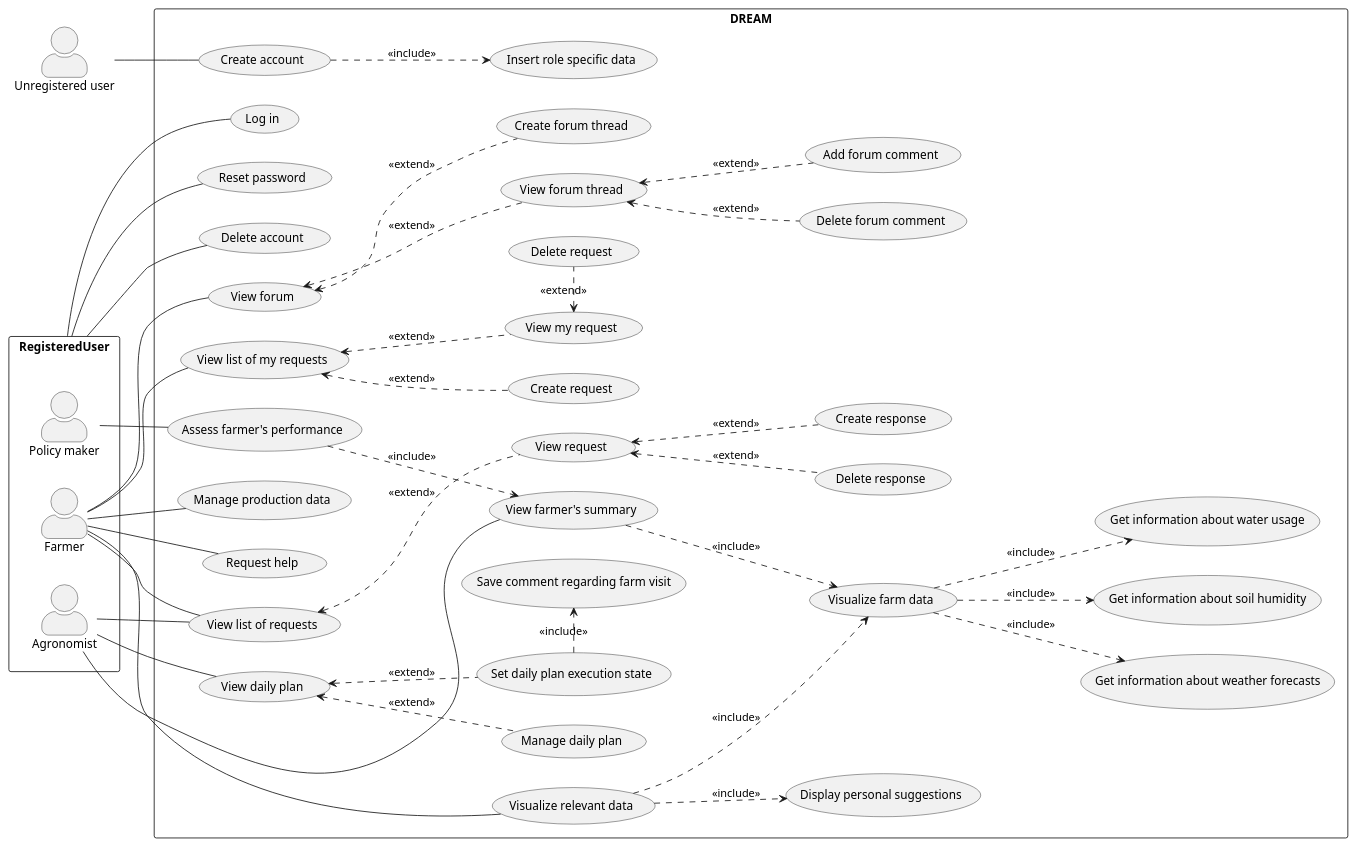
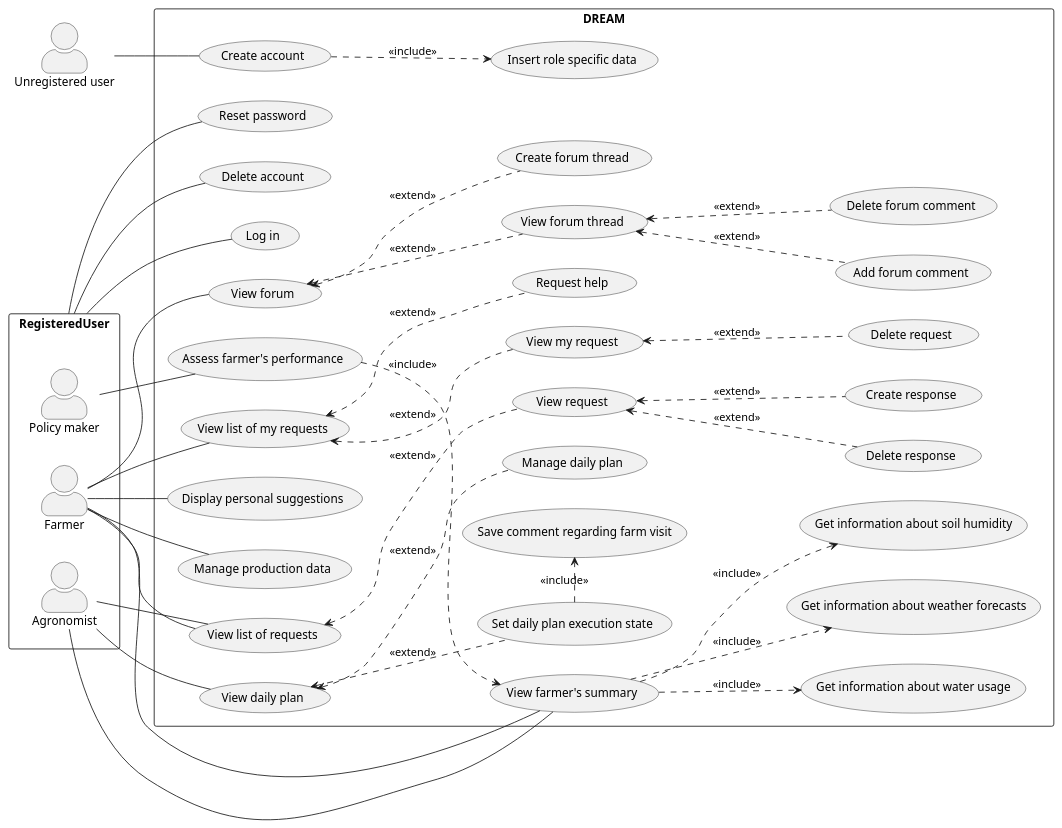
One commit to Astenna/DREAM changed the diagram in RASD/uml/uc.puml. Above: the diagram before and after it, drawn with PlantUML.

Commit message:
Use case diagram update: delted relevant data, farm data

```diff
--- a/RASD/uml/uc.puml
+++ b/RASD/uml/uc.puml
@@ -1,80 +1,76 @@
 @startuml Use case
 left to right direction
 skinparam packageStyle rectangle
 skinparam actorStyle awesome
 
 ' skinparam linetype polyline
 ' skinparam linetype ortho
 
 'Primary - should be on the left side
 actor :Unregistered user: as UnregUser
 
 package RegisteredUser {
     actor :Policy maker: as PolMaker
     actor :Farmer:
     actor :Agronomist:
 }
 
 ' 'Secondary - should be on the right side
 ' package ExternalSystem {
 '     actor :WeatherForecastSystem:
 '     actor :WaterIrrigationSystem:
 '     actor :SensorSystem:
 ' }
 
 'visualisations - less details or additional phenomenas? as in lower diagram
 'there are MANY missing phenomenas, that can be deducted from UC
 'about SP: which is better?? - maybe a question to tamburri
 '   "The system visualizes data ... for argonomist"
 '   "The system visualizes data ..."
 '   "Agronomist visualizes data"
 rectangle DREAM {
     '''''''''''Common'''''''''''
     RegisteredUser -- (Log in)
     RegisteredUser -- (Reset password)
     RegisteredUser -- (Delete account)
     UnregUser -- (Create account)
     ' PolMaker -- (Log in)
     ' Agronomist -- (Log in)
     (Create account) ..> (Insert role specific data) : <<include>>
 
     '''''''''''Farmer'''''''''''
     ' Farmer -- (Log in)
-    Farmer -- (Visualize relevant data)
-    'should providers be included? maybe a question to Tamburri
-    (Visualize relevant data) ..> (Visualize farm data) : <<include>>
-    (Visualize farm data) ..> (Get information about weather forecasts) : <<include>>
-    (Visualize farm data) ..> (Get information about soil humidity) : <<include>>
-    (Visualize farm data) ..> (Get information about water usage) : <<include>>
-    (Visualize relevant data) ..> (Display personal suggestions) : <<include>>
+    Farmer -- (View farmer's summary)
+    (View farmer's summary) ..> (Get information about weather forecasts) : <<include>>
+    (View farmer's summary) ..> (Get information about soil humidity) : <<include>>
+    (View farmer's summary) ..> (Get information about water usage) : <<include>>
+    Farmer -- (Display personal suggestions)
     Farmer -- (Manage production data)
-    Farmer -- (Request help)
     Farmer -- (View forum)
     (View forum) <.. (Create forum thread) : <<extend>>
     (View forum) <.. (View forum thread) : <<extend>>
     (View forum thread) <.. (Delete forum comment) : <<extend>>
     (View forum thread) <.. (Add forum comment) : <<extend>>
+    (View list of my requests) <.. (Request help) : <<extend>>
+    (View list of my requests) <.. (View my request) : <<extend>>
     Farmer -- (View list of requests)
     Farmer -- (View list of my requests)
-    (View list of my requests) <.. (Create request) : <<extend>>
-    (View list of my requests) <.. (View my request) : <<extend>>
-    (View my request) <. (Delete request) : <<extend>>
+    (View my request) <.. (Delete request) : <<extend>>
 
     '''''''''''Agronomist'''''''''''
     Agronomist -- (View farmer's summary)
     Agronomist -- (View list of requests)
     (View list of requests) <.. (View request) : <<extend>>
     (View request) <.. (Create response) : <<extend>>
     (View request) <.. (Delete response) : <<extend>>
-    (View farmer's summary) ..> (Visualize farm data) : <<include>>
     Agronomist -- (View daily plan)
     (View daily plan) <.. (Manage daily plan) : <<extend>>
     (View daily plan) <.. (Set daily plan execution state) : <<extend>>
     (Set daily plan execution state) .> (Save comment regarding farm visit) : <<include>>
 
     '''''''''''Policy maker'''''''''''
     PolMaker -- (Assess farmer's performance)
     (Assess farmer's performance) ..> (View farmer's summary) : <<include>>
 }
 
 @enduml
```
